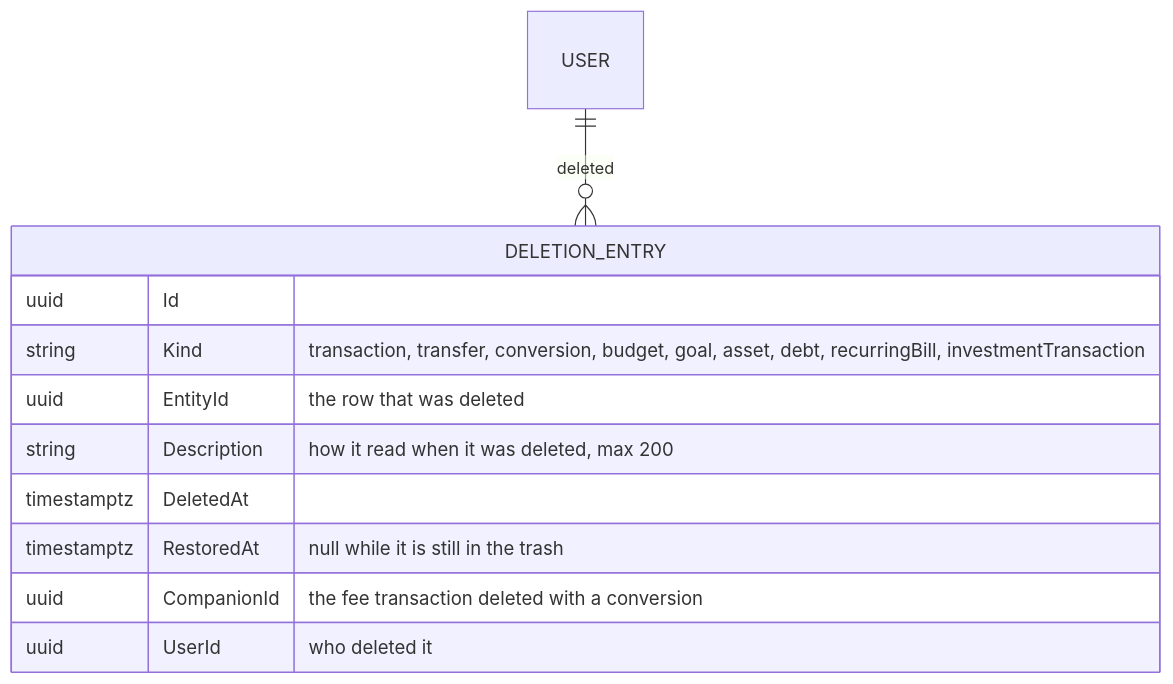
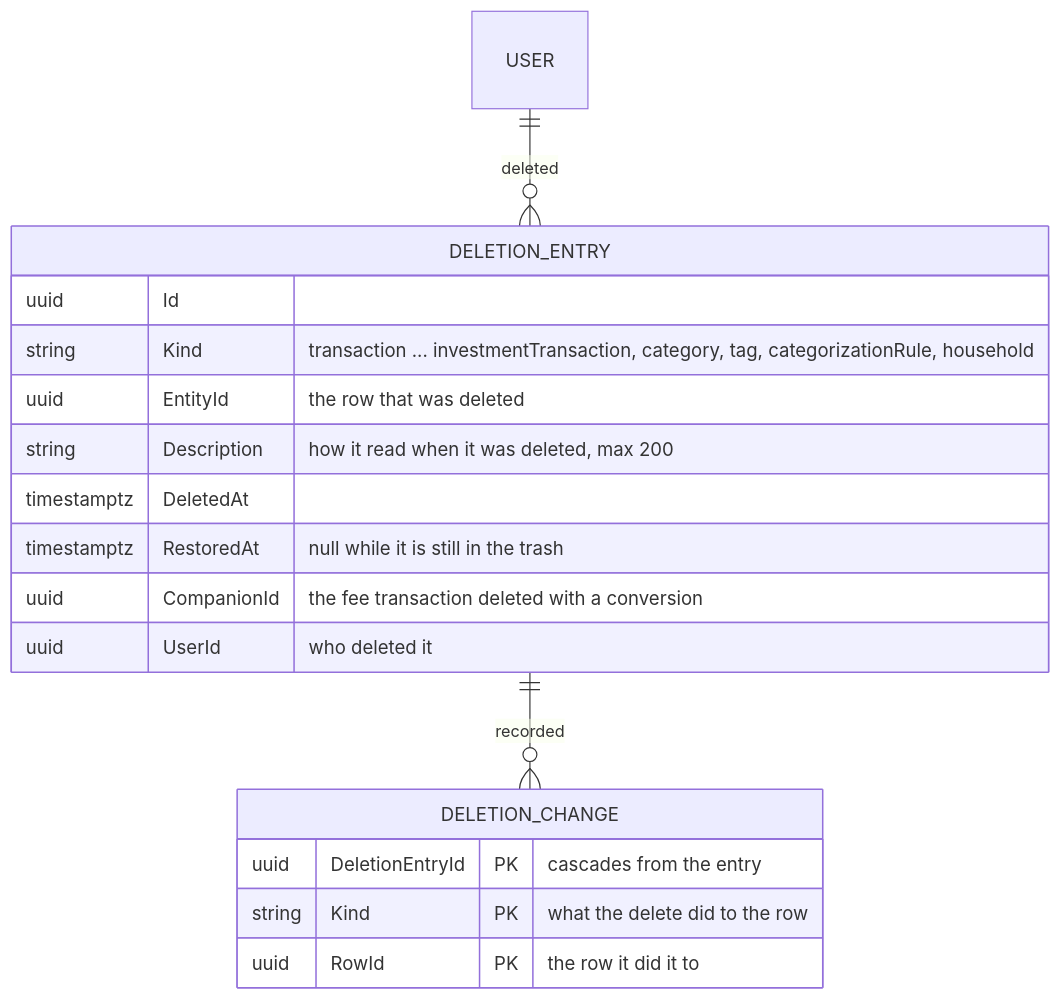
One commit to Justxs/Jx-Finance changed the first of 3 diagrams in docs/features/29. Trash and undo.md. Above: the diagram before and after it, drawn with Mermaid. The commit also changed other lines of this file and 64 other files, not shown here.

````diff
--- a/docs/features/29. Trash and undo.md
+++ b/docs/features/29. Trash and undo.md
@@ -35,14 +35,20 @@
 ```mermaid
 erDiagram
     USER ||--o{ DELETION_ENTRY : "deleted"
+    DELETION_ENTRY ||--o{ DELETION_CHANGE : "recorded"
     DELETION_ENTRY {
         uuid Id
-        string Kind "transaction, transfer, conversion, budget, goal, asset, debt, recurringBill, investmentTransaction"
+        string Kind "transaction ... investmentTransaction, category, tag, categorizationRule, household"
         uuid EntityId "the row that was deleted"
         string Description "how it read when it was deleted, max 200"
         timestamptz DeletedAt
         timestamptz RestoredAt "null while it is still in the trash"
         uuid CompanionId "the fee transaction deleted with a conversion"
         uuid UserId "who deleted it"
     }
+    DELETION_CHANGE {
+        uuid DeletionEntryId PK "cascades from the entry"
+        string Kind PK "what the delete did to the row"
+        uuid RowId PK "the row it did it to"
+    }
 ```
````
